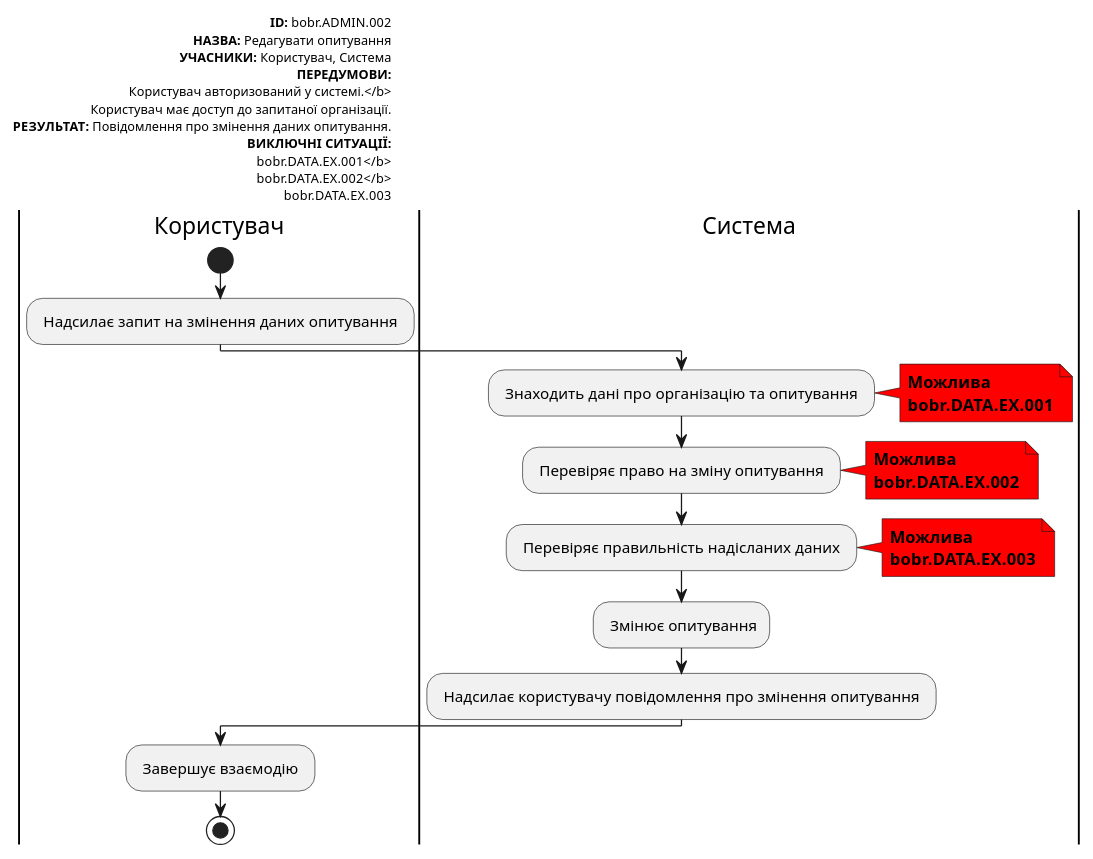
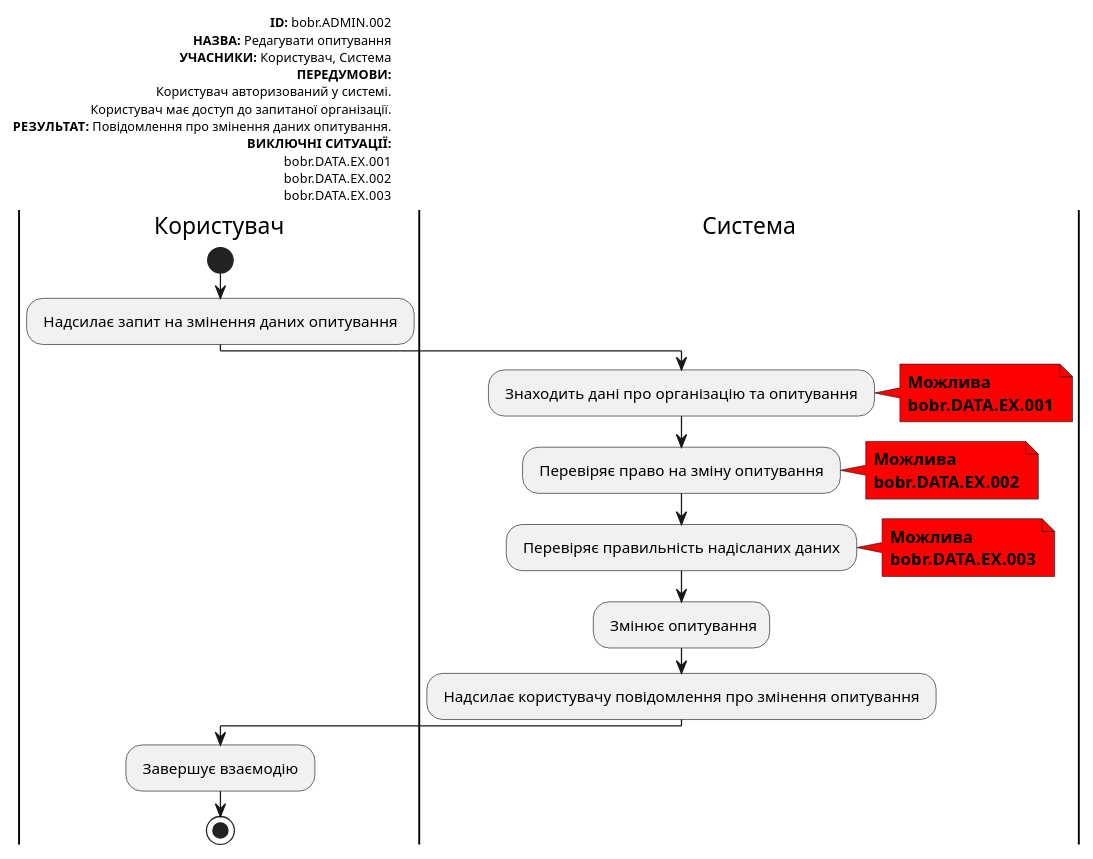
One commit to bochka123/bobryataStars changed the second of 8 diagrams in docs/use cases/README.md. Above: the diagram before and after it, drawn with PlantUML. The commit also changed other lines of this file, not shown here.

```diff
--- a/docs/use cases/README.md
+++ b/docs/use cases/README.md
@@ -70,51 +70,51 @@
   @startuml
 
         left header
              <font color=000 size=10><b>ID:</b> bobr.ADMIN.002
              <font color=000 size=10><b>НАЗВА:</b> Редагувати опитування
              <font color=000 size=10><b>УЧАСНИКИ:</b> Користувач, Система
              <font color=000 size=10><b>ПЕРЕДУМОВИ:</b>
-             <font color=000 size=10>Користувач авторизований у системі.</b>
+             <font color=000 size=10>Користувач авторизований у системі.
              <font color=000 size=10>Користувач має доступ до запитаної організації.
              <font color=000 size=10><b>РЕЗУЛЬТАТ:</b> Повідомлення про змінення даних опитування.
              <font color=000 size=10><b>ВИКЛЮЧНІ СИТУАЦІЇ:</b>
-             <font color=000 size=10>bobr.DATA.EX.001</b>
-             <font color=000 size=10>bobr.DATA.EX.002</b>
+             <font color=000 size=10>bobr.DATA.EX.001
+             <font color=000 size=10>bobr.DATA.EX.002
              <font color=000 size=10>bobr.DATA.EX.003
          end header
 
          |Користувач|
              start
              : Надсилає запит на змінення даних опитування ;
 
          |Система|
              : Знаходить дані про організацію та опитування ;
 
              note right #ff0000
              <b>Можлива</b>
              <b>bobr.DATA.EX.001</b>
              end note
 
              : Перевіряє право на зміну опитування ;
 
             note right #ff0000
              <b>Можлива</b>
              <b>bobr.DATA.EX.002</b>
              end note
 
              : Перевіряє правильність надісланих даних ;
 
             note right #ff0000
              <b>Можлива</b>
              <b>bobr.DATA.EX.003</b>
             end note
 
              : Змінює опитування;
 
              : Надсилає користувачу повідомлення про змінення опитування ;
 
          |Користувач|
              : Завершує взаємодію ;
              stop;
 
   @enduml
```
